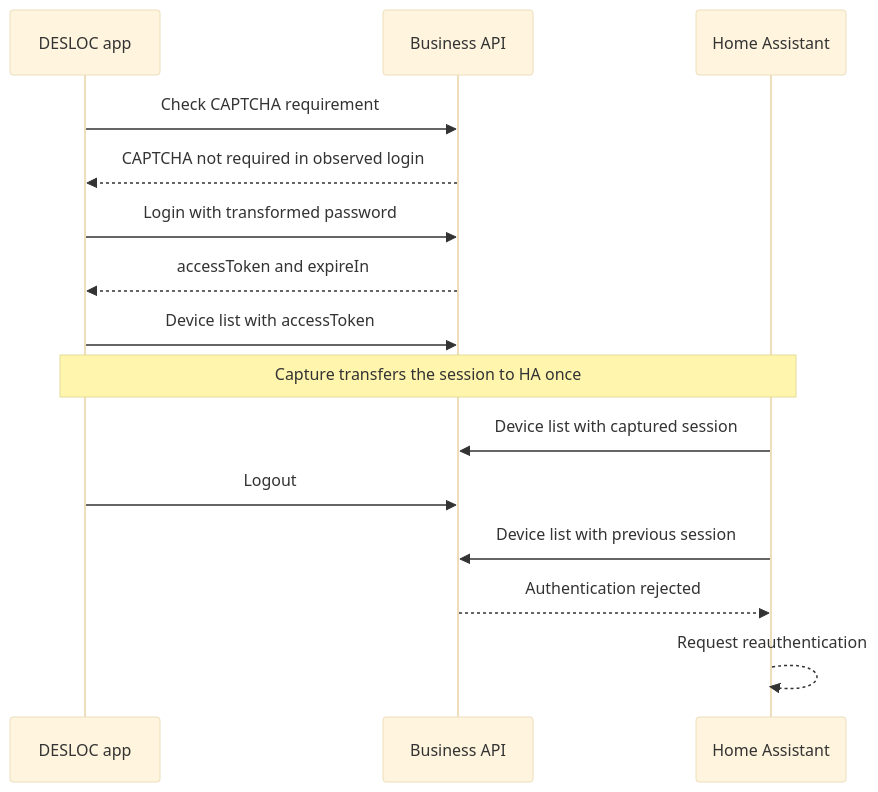
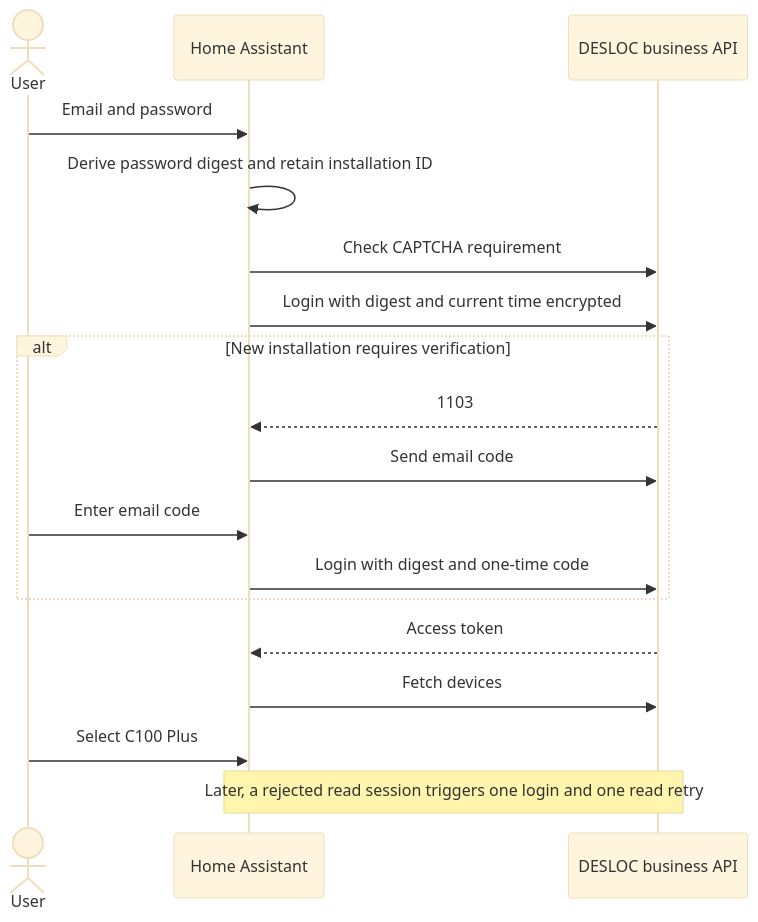
The first of 3 diagrams in docs/protocol.md (ha-homelab/ha-desloc), drawn with Mermaid (base theme) before and after one commit. The commit also changed other lines of this file and 15 other files, not shown here.

First line of the commit message:
Add account login and email verification (#4)

````diff
--- a/docs/protocol.md
+++ b/docs/protocol.md
@@ -33,17 +52,20 @@
 ```mermaid
 sequenceDiagram
-    participant App as DESLOC app
-    participant Cloud as Business API
+    actor User
     participant HA as Home Assistant
-    App->>Cloud: Check CAPTCHA requirement
-    Cloud-->>App: CAPTCHA not required in observed login
-    App->>Cloud: Login with transformed password
-    Cloud-->>App: accessToken and expireIn
-    App->>Cloud: Device list with accessToken
-    Note over App,HA: Capture transfers the session to HA once
-    HA->>Cloud: Device list with captured session
-    App->>Cloud: Logout
-    HA->>Cloud: Device list with previous session
-    Cloud-->>HA: Authentication rejected
-    HA-->>HA: Request reauthentication
+    participant Cloud as DESLOC business API
+    User->>HA: Email and password
+    HA->>HA: Derive password digest and retain installation ID
+    HA->>Cloud: Check CAPTCHA requirement
+    HA->>Cloud: Login with digest and current time encrypted
+    alt New installation requires verification
+        Cloud-->>HA: 1103
+        HA->>Cloud: Send email code
+        User->>HA: Enter email code
+        HA->>Cloud: Login with digest and one-time code
+    end
+    Cloud-->>HA: Access token
+    HA->>Cloud: Fetch devices
+    User->>HA: Select C100 Plus
+    Note over HA,Cloud: Later, a rejected read session triggers one login and one read retry
 ```
````
